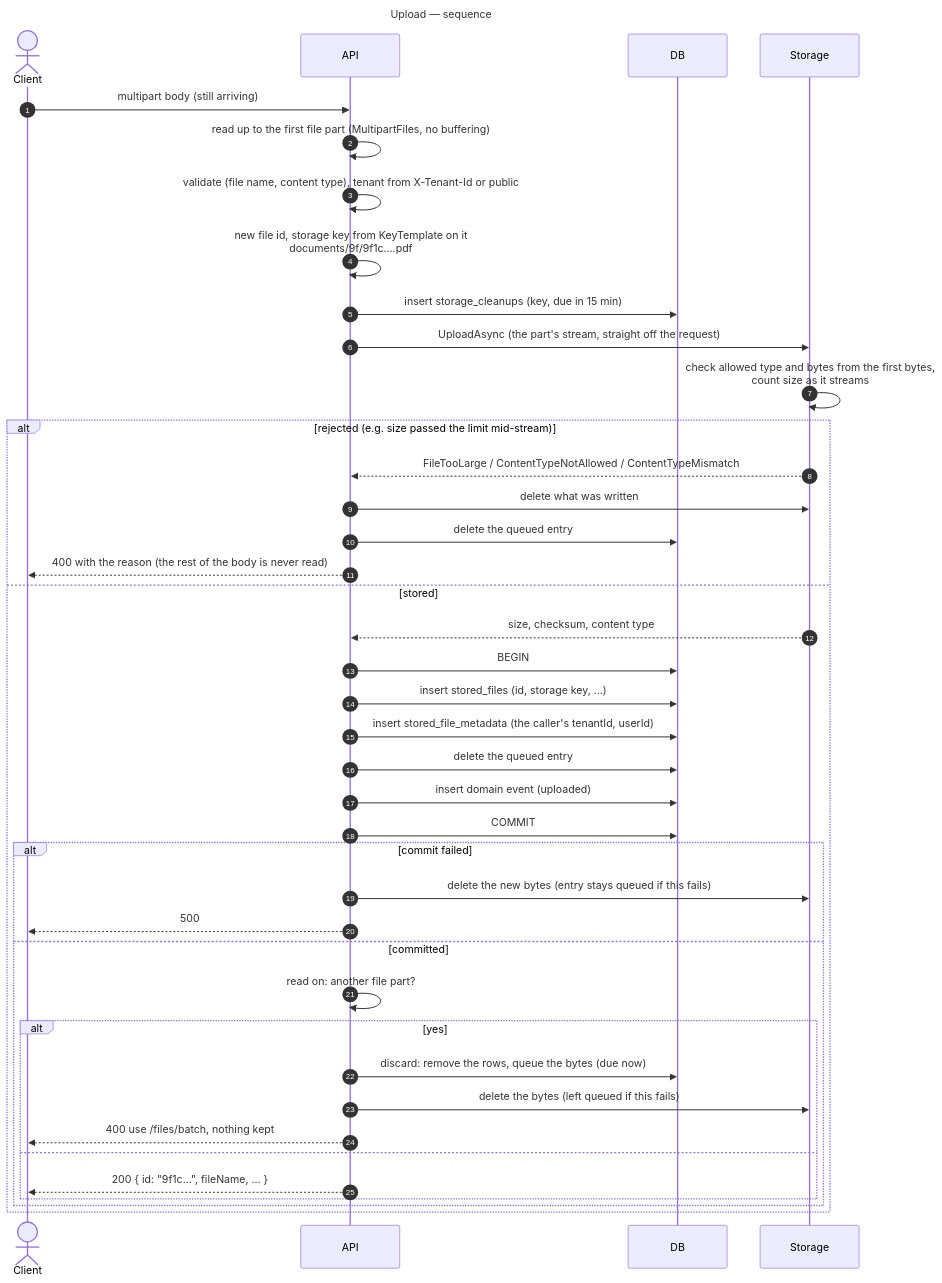
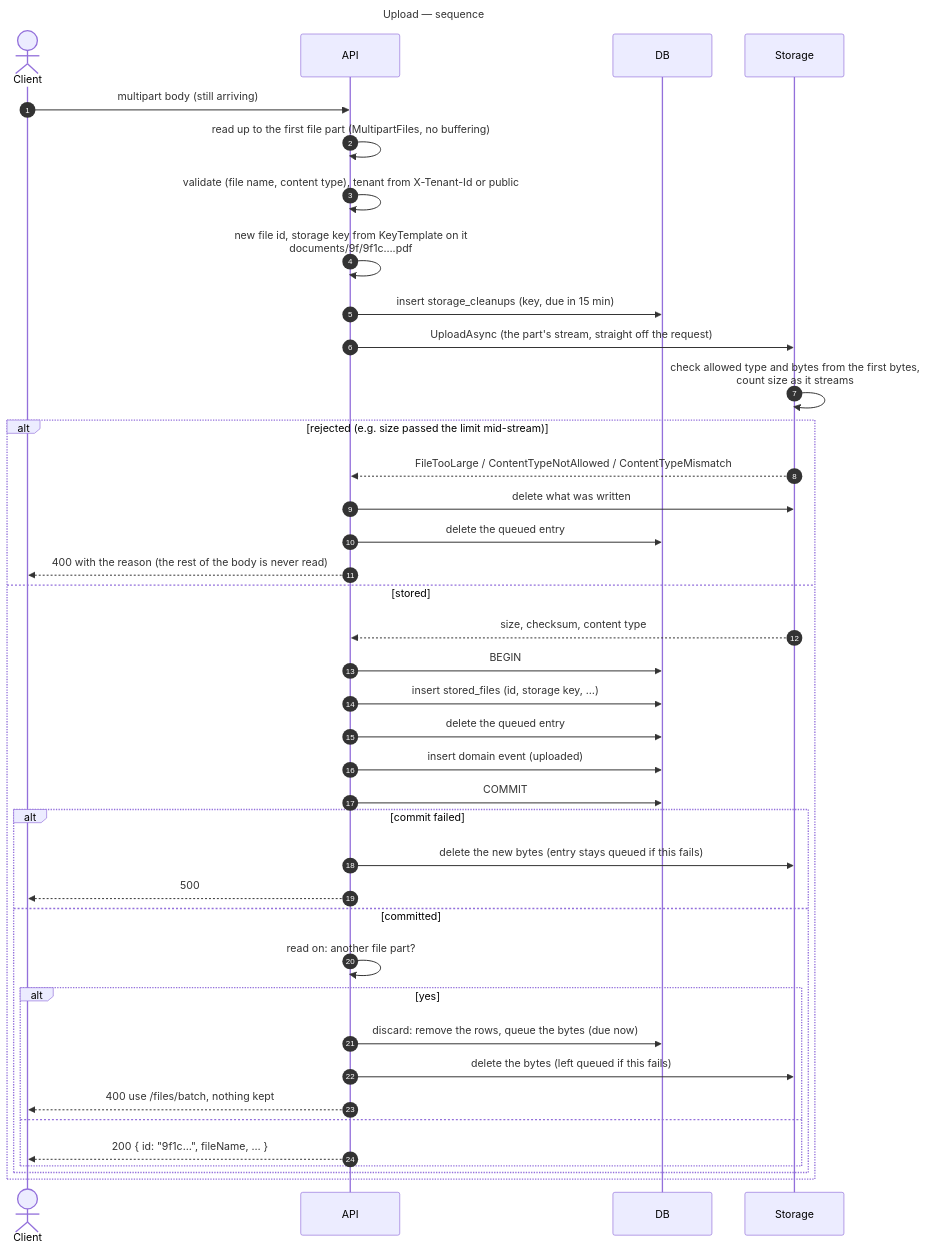
Before and after one commit to gmetskhvarishvili/GM.FileStorage.Samples: the third of 16 diagrams in docs/sequence-diagrams.md, drawn with Mermaid. The commit also changed other lines of this file and 26 other files, not shown here.

First line of the commit message:
refactor!: tenant as a column, uploader from created_by, no metadata rows

````diff
--- a/docs/sequence-diagrams.md
+++ b/docs/sequence-diagrams.md
@@ -93,46 +93,45 @@
 ```mermaid
 ---
 title: Upload — sequence
 ---
 sequenceDiagram
     autonumber
     actor C as Client
     participant API
     participant DB
     participant S as Storage
 
     C->>API: multipart body (still arriving)
     API->>API: read up to the first file part (MultipartFiles, no buffering)
     API->>API: validate (file name, content type), tenant from X-Tenant-Id or public
     API->>API: new file id, storage key from KeyTemplate on it<br/>documents/9f/9f1c….pdf
     API->>DB: insert storage_cleanups (key, due in 15 min)
     API->>S: UploadAsync (the part's stream, straight off the request)
     S->>S: check allowed type and bytes from the first bytes,<br/>count size as it streams
     alt rejected (e.g. size passed the limit mid-stream)
         S-->>API: FileTooLarge / ContentTypeNotAllowed / ContentTypeMismatch
         API->>S: delete what was written
         API->>DB: delete the queued entry
         API-->>C: 400 with the reason (the rest of the body is never read)
     else stored
         S-->>API: size, checksum, content type
         API->>DB: BEGIN
         API->>DB: insert stored_files (id, storage key, …)
-        API->>DB: insert stored_file_metadata (the caller's tenantId, userId)
         API->>DB: delete the queued entry
         API->>DB: insert domain event (uploaded)
         API->>DB: COMMIT
         alt commit failed
             API->>S: delete the new bytes (entry stays queued if this fails)
             API-->>C: 500
         else committed
             API->>API: read on: another file part?
             alt yes
                 API->>DB: discard: remove the rows, queue the bytes (due now)
                 API->>S: delete the bytes (left queued if this fails)
                 API-->>C: 400 use /files/batch, nothing kept
             else
                 API-->>C: 200 { id: "9f1c…", fileName, … }
             end
         end
     end
 ```
````
